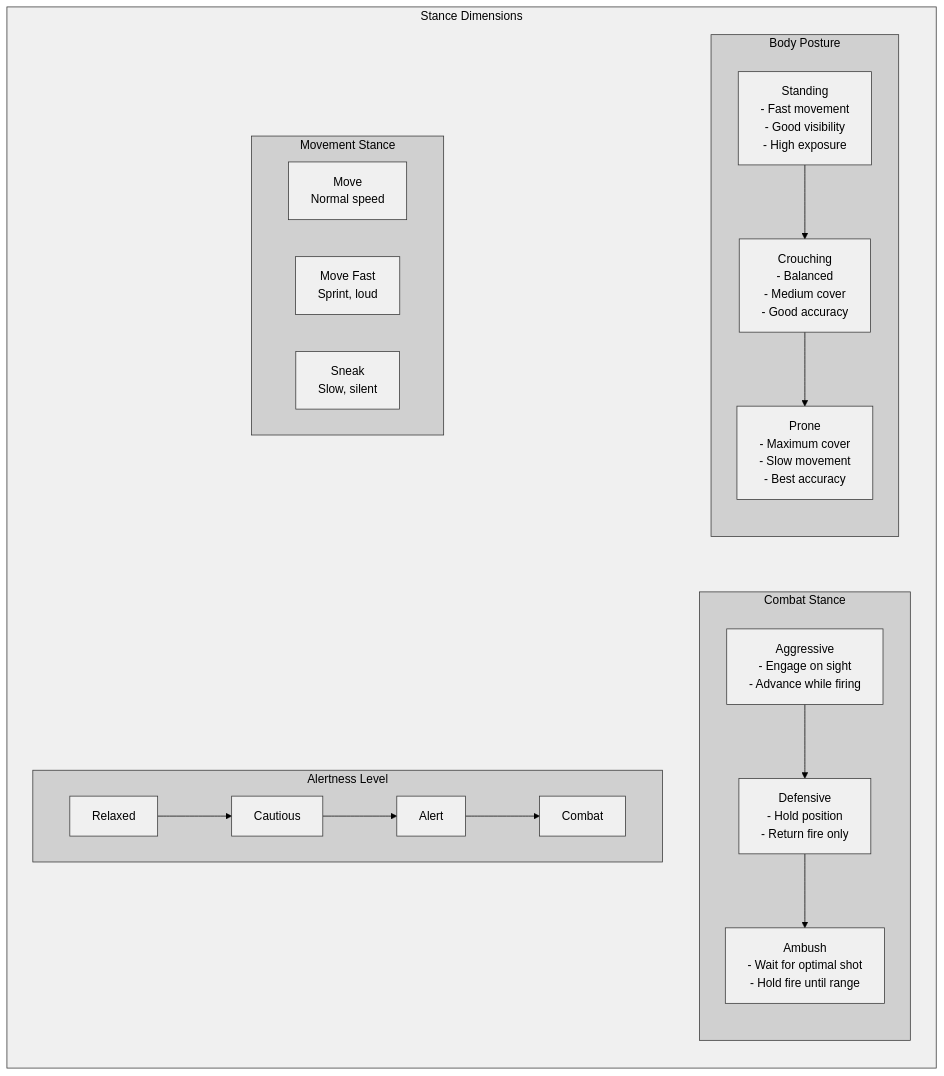
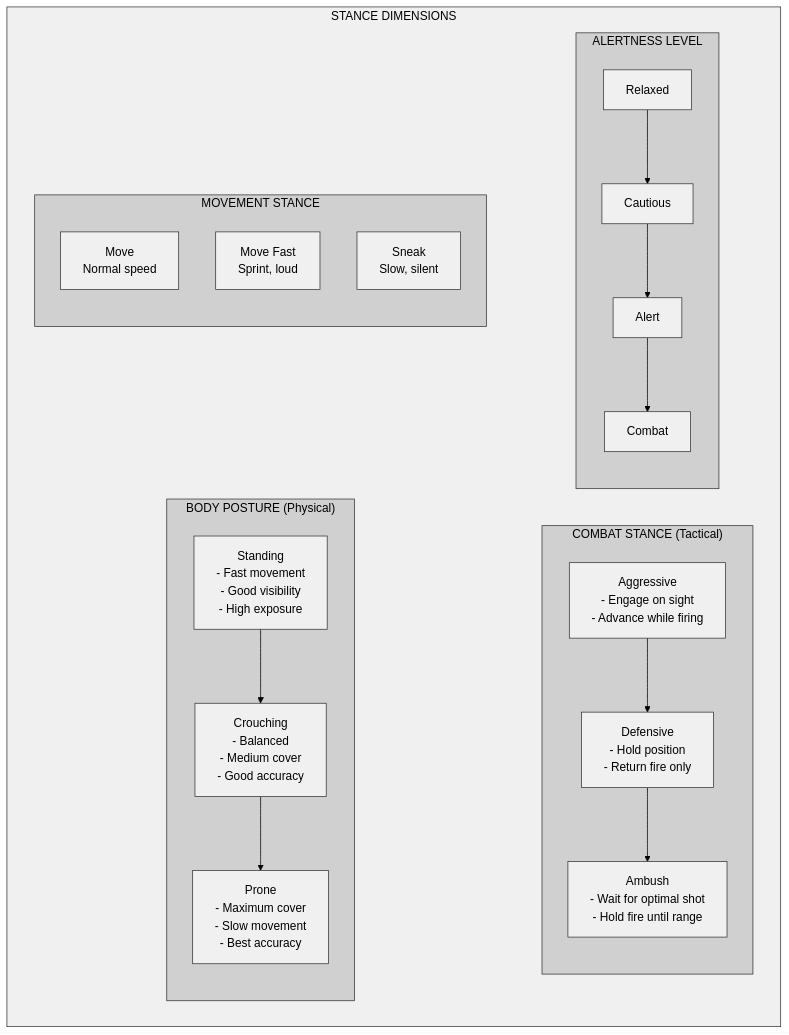
Before and after one commit to jukofyork/close-combat-architecture-study: the fourth of 5 diagrams in chapter_06_orders_ai.md, drawn with Mermaid (forest theme). The commit also changed other lines of this file and 8 other files, not shown here.

````diff
--- a/chapter_06_orders_ai.md
+++ b/chapter_06_orders_ai.md
@@ -473,48 +463,44 @@
 ```mermaid
 flowchart TB
-    subgraph Stance["Stance Dimensions"]
-        direction TB
-        
-        subgraph BodyPosture["Body Posture"]
-            direction TB
+    subgraph Stance["STANCE DIMENSIONS"]
+        subgraph BodyPosture["BODY POSTURE (Physical)"]
             standing["Standing<br/>- Fast movement<br/>- Good visibility<br/>- High exposure"]
             crouching["Crouching<br/>- Balanced<br/>- Medium cover<br/>- Good accuracy"]
             prone["Prone<br/>- Maximum cover<br/>- Slow movement<br/>- Best accuracy"]
             standing --> crouching --> prone
         end
         
-        subgraph CombatStance["Combat Stance"]
-            direction TB
+        subgraph CombatStance["COMBAT STANCE (Tactical)"]
             aggressive["Aggressive<br/>- Engage on sight<br/>- Advance while firing"]
             defensive["Defensive<br/>- Hold position<br/>- Return fire only"]
             ambush["Ambush<br/>- Wait for optimal shot<br/>- Hold fire until range"]
             aggressive --> defensive --> ambush
         end
         
-        subgraph Movement["Movement Stance"]
+        subgraph Movement["MOVEMENT STANCE"]
             move["Move<br/>Normal speed"]
             fast["Move Fast<br/>Sprint, loud"]
             sneak["Sneak<br/>Slow, silent"]
         end
         
-        subgraph Alertness["Alertness Level"]
+        subgraph Alertness["ALERTNESS LEVEL"]
             relaxed["Relaxed"]
             cautious["Cautious"]
             alert["Alert"]
             combat["Combat"]
             relaxed --> cautious --> alert --> combat
         end
         
         BodyPosture ~~~ CombatStance
         Movement ~~~ Alertness
     end
     
     classDef default fill:#fff,stroke:#000,stroke-width:1px,color:#000
     classDef light fill:#f0f0f0,stroke:#333,stroke-width:1px,color:#000
     classDef medium fill:#d0d0d0,stroke:#333,stroke-width:1px,color:#000
     classDef dark fill:#b0b0b0,stroke:#000,stroke-width:2px,color:#000
     
     class Stance light
     class BodyPosture,CombatStance,Movement,Alertness medium
     class standing,crouching,prone,aggressive,defensive,ambush,move,fast,sneak,relaxed,cautious,alert,combat light
 ```
````
